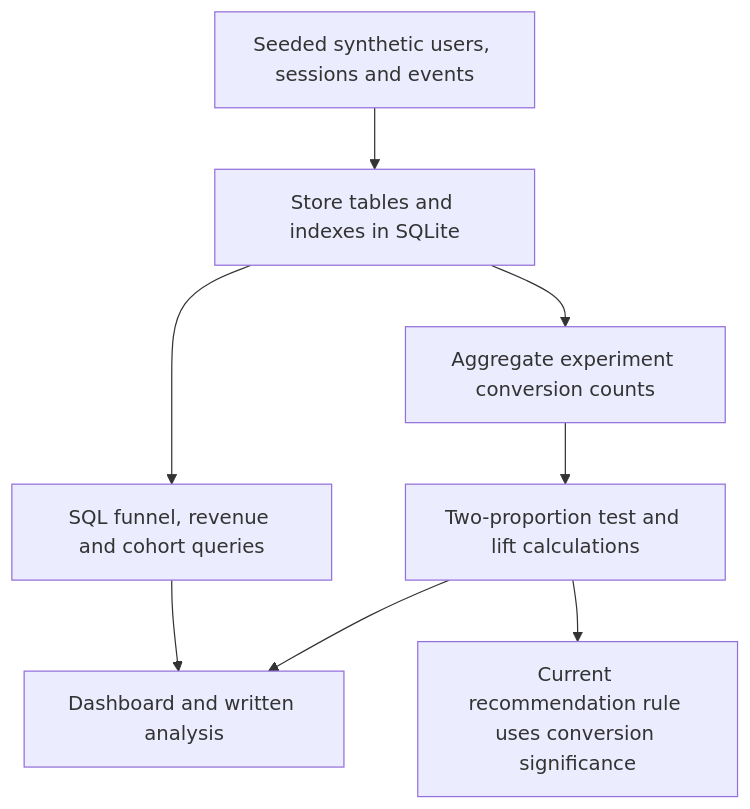
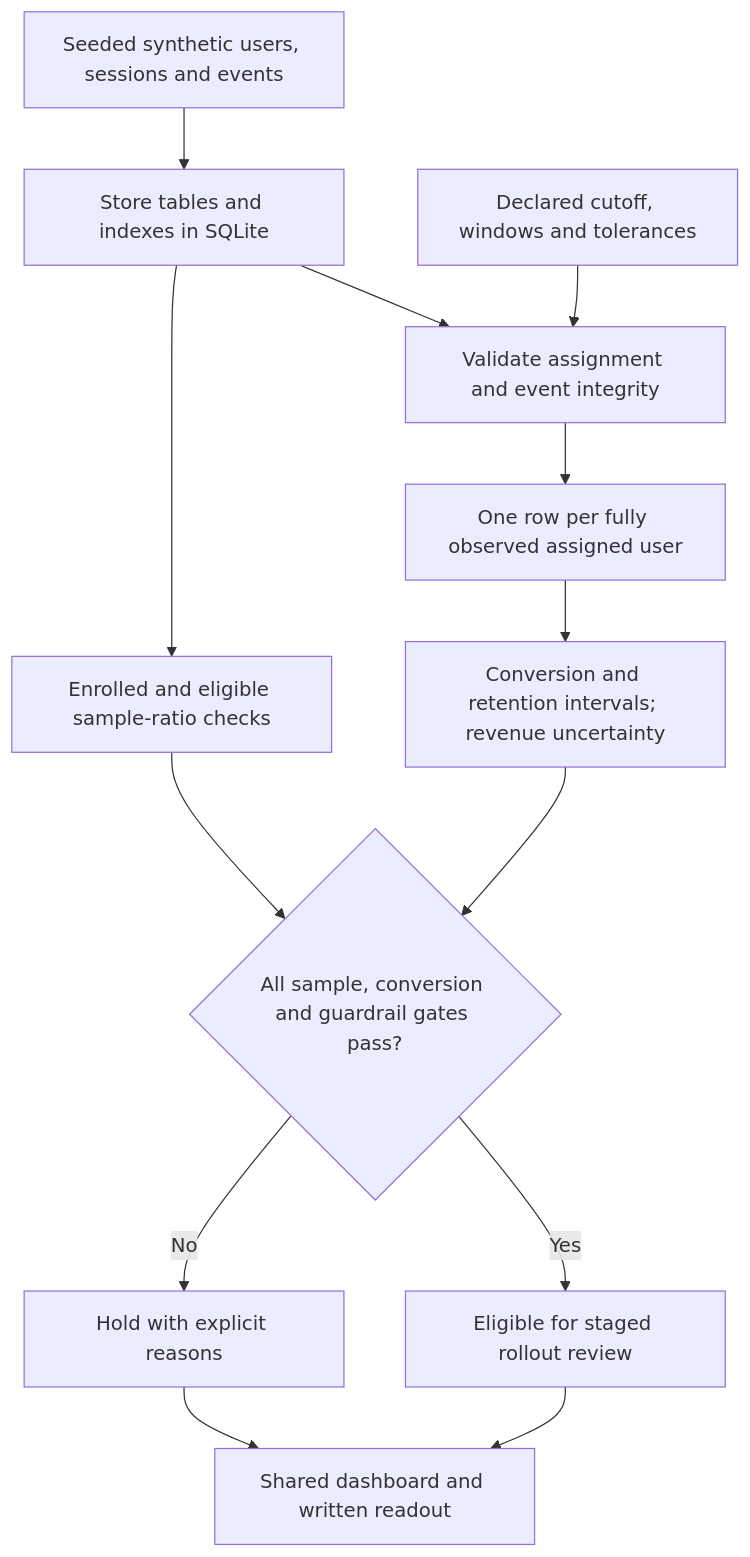
One commit to Zinga18018/product-analytics-experimentation-lab changed the diagram in WORKFLOW.md. Above: the diagram before and after it, drawn with Mermaid. The commit also changed other lines of this file and 20 other files, not shown here.

Commit message:
Gate experiment decisions on mature cohorts, uncertainty, and harm checks

````diff
--- a/WORKFLOW.md
+++ b/WORKFLOW.md
@@ -9,10 +9,15 @@
 ```mermaid
 flowchart TD
 A["Seeded synthetic users, sessions and events"] --> B["Store tables and indexes in SQLite"]
-    B --> C["SQL funnel, revenue and cohort queries"]
-    B --> D["Aggregate experiment conversion counts"]
-    D --> E["Two-proportion test and lift calculations"]
-    C --> F["Dashboard and written analysis"]
-    E --> F
-    E --> G["Current recommendation rule uses conversion significance"]
+    B --> C["Validate assignment and event integrity"]
+    P["Declared cutoff, windows and tolerances"] --> C
+    C --> D["One row per fully observed assigned user"]
+    D --> E["Conversion and retention intervals; revenue uncertainty"]
+    B --> S["Enrolled and eligible sample-ratio checks"]
+    E --> G{"All sample, conversion and guardrail gates pass?"}
+    S --> G
+    G -->|Yes| R["Eligible for staged rollout review"]
+    G -->|No| H["Hold with explicit reasons"]
+    R --> F["Shared dashboard and written readout"]
+    H --> F
 ```
````
